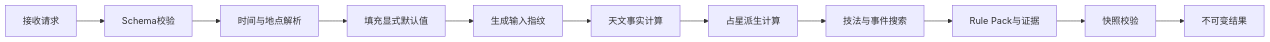
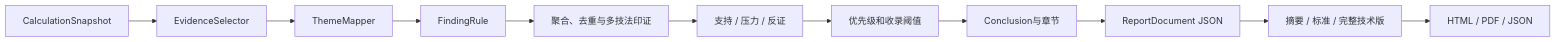
One commit to hebiweng/interstellar changed the third of 3 diagrams in docs/v1-development-spec.md. Above: the diagram before and after it, drawn with Mermaid. The commit also changed other lines of this file and 13 other files, not shown here.

````diff
--- a/docs/v1-development-spec.md
+++ b/docs/v1-development-spec.md
@@ -559,13 +1153,13 @@
 ```mermaid
 flowchart LR
-  A["接收请求"] --> B["Schema校验"]
-  B --> C["时间与地点解析"]
-  C --> D["填充显式默认值"]
-  D --> E["生成输入指纹"]
-  E --> F["天文事实计算"]
-  F --> G["占星派生计算"]
-  G --> H["技法与事件搜索"]
-  H --> I["Rule Pack与证据"]
-  I --> J["快照校验"]
-  J --> K["不可变结果"]
+  A["CalculationSnapshot"] --> B["EvidenceSelector"]
+  B --> C["ThemeMapper"]
+  C --> D["FindingRule"]
+  D --> E["聚合、去重与多技法印证"]
+  E --> F["支持 / 压力 / 反证"]
+  F --> G["优先级和收录阈值"]
+  G --> H["Conclusion与章节"]
+  H --> I["ReportDocument JSON"]
+  I --> J["摘要 / 标准 / 完整技术版"]
+  J --> K["HTML / PDF / JSON"]
 ```
````
